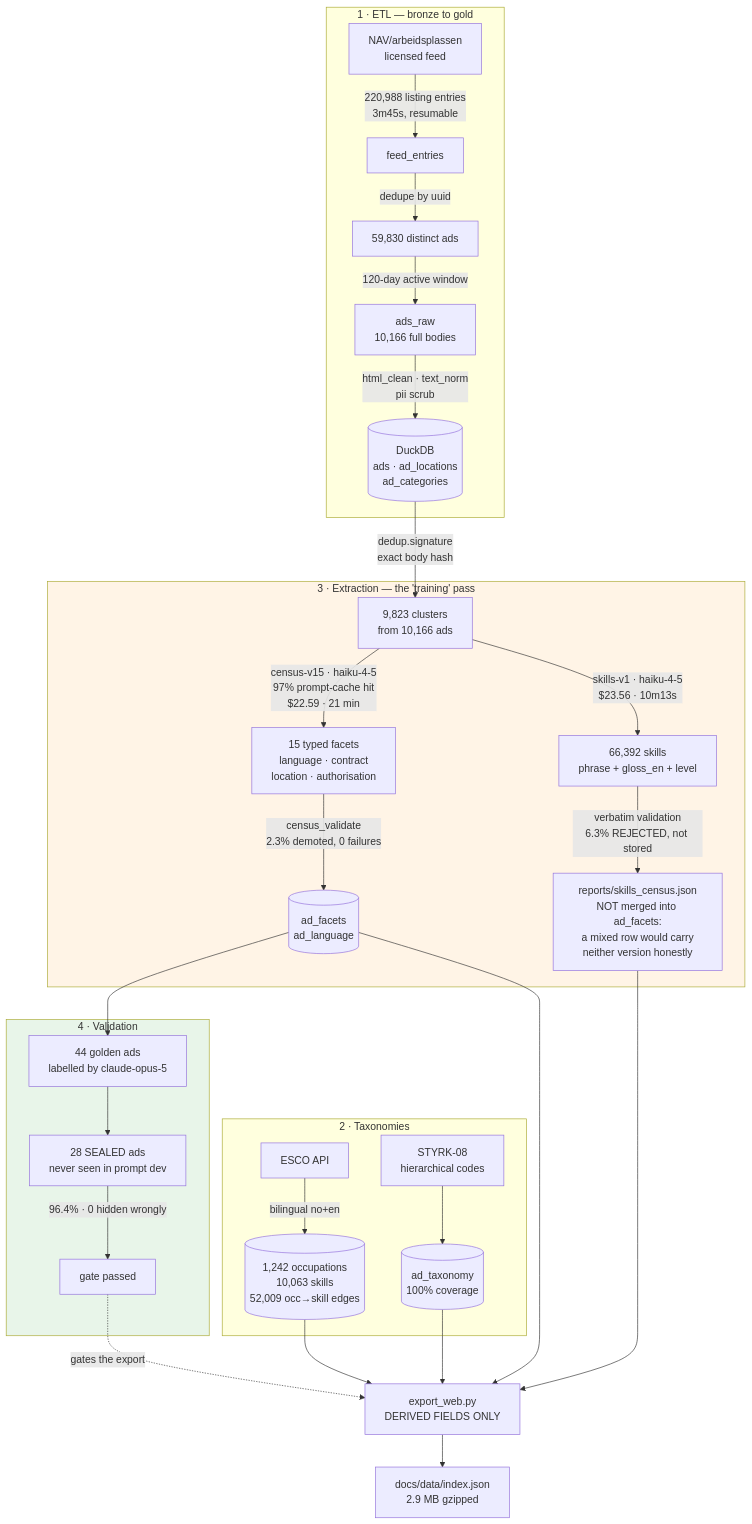
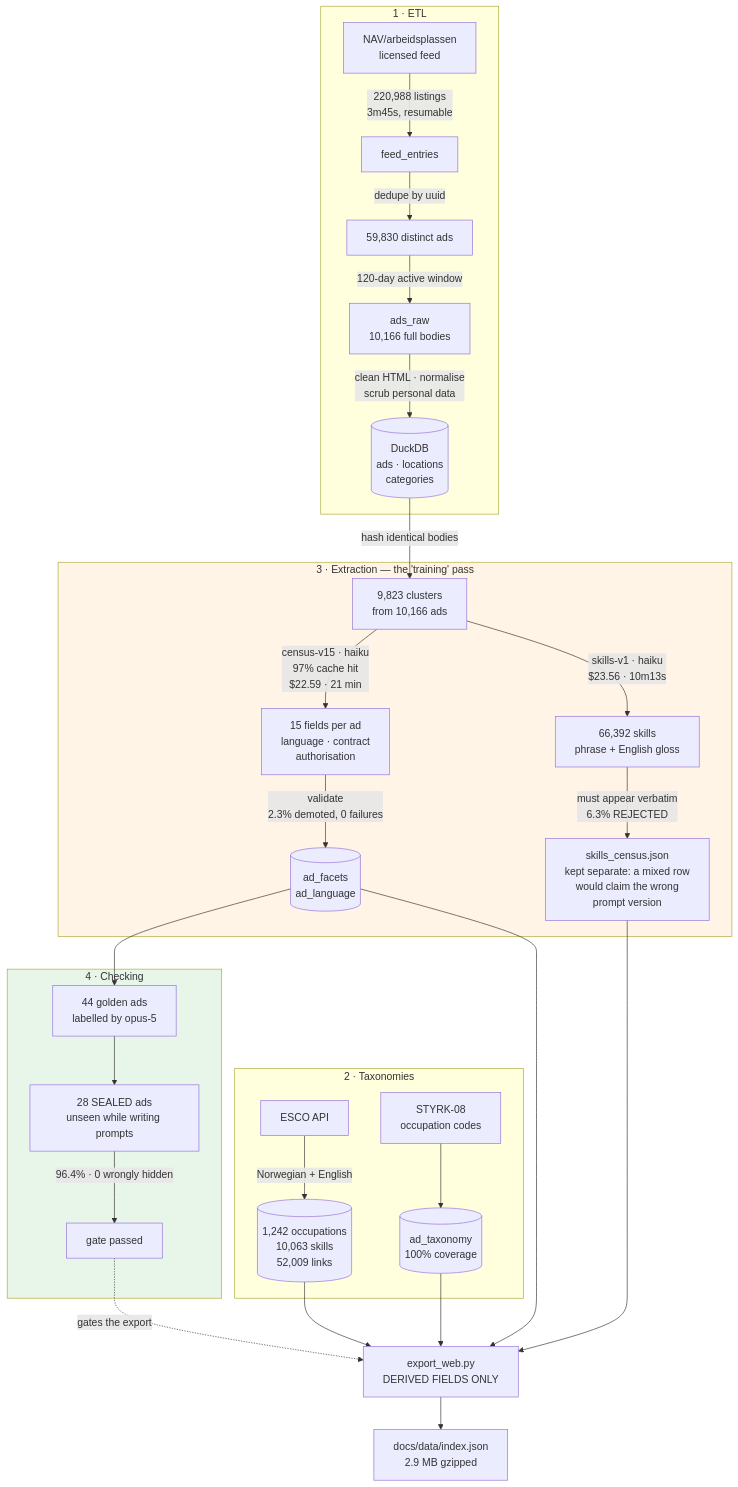
One commit to NaomiTitus/constraint-aware-retrieval changed the first of 2 diagrams in README.md. Above: the diagram before and after it, drawn with Mermaid. The commit also changed other lines of this file, not shown here.

````diff
--- a/README.md
+++ b/README.md
@@ -168,38 +140,38 @@
 ```mermaid
 flowchart TB
-  subgraph ETL["1 · ETL — bronze to gold"]
-    A["NAV/arbeidsplassen<br/>licensed feed"] -->|"220,988 listing entries<br/>3m45s, resumable"| B["feed_entries"]
+  subgraph ETL["1 · ETL"]
+    A["NAV/arbeidsplassen<br/>licensed feed"] -->|"220,988 listings<br/>3m45s, resumable"| B["feed_entries"]
     B -->|"dedupe by uuid"| C["59,830 distinct ads"]
     C -->|"120-day active window"| D["ads_raw<br/>10,166 full bodies"]
-    D -->|"html_clean · text_norm<br/>pii scrub"| E[("DuckDB<br/>ads · ad_locations<br/>ad_categories")]
+    D -->|"clean HTML · normalise<br/>scrub personal data"| E[("DuckDB<br/>ads · locations<br/>categories")]
   end
 
   subgraph TAX["2 · Taxonomies"]
-    F["ESCO API"] -->|"bilingual no+en"| G[("1,242 occupations<br/>10,063 skills<br/>52,009 occ→skill edges")]
-    H["STYRK-08<br/>hierarchical codes"] --> I[("ad_taxonomy<br/>100% coverage")]
+    F["ESCO API"] -->|"Norwegian + English"| G[("1,242 occupations<br/>10,063 skills<br/>52,009 links")]
+    H["STYRK-08<br/>occupation codes"] --> I[("ad_taxonomy<br/>100% coverage")]
   end
 
   subgraph EXT["3 · Extraction — the 'training' pass"]
-    E -->|"dedup.signature<br/>exact body hash"| J["9,823 clusters<br/>from 10,166 ads"]
-    J -->|"census-v15 · haiku-4-5<br/>97% prompt-cache hit<br/>$22.59 · 21 min"| K["15 typed facets<br/>language · contract<br/>location · authorisation"]
-    J -->|"skills-v1 · haiku-4-5<br/>$23.56 · 10m13s"| L["66,392 skills<br/>phrase + gloss_en + level"]
-    K -->|"census_validate<br/>2.3% demoted, 0 failures"| M[("ad_facets<br/>ad_language")]
-    L -->|"verbatim validation<br/>6.3% REJECTED, not stored"| L2["reports/skills_census.json<br/>NOT merged into ad_facets:<br/>a mixed row would carry<br/>neither version honestly"]
+    E -->|"hash identical bodies"| J["9,823 clusters<br/>from 10,166 ads"]
+    J -->|"census-v15 · haiku<br/>97% cache hit<br/>$22.59 · 21 min"| K["15 fields per ad<br/>language · contract<br/>authorisation"]
+    J -->|"skills-v1 · haiku<br/>$23.56 · 10m13s"| L["66,392 skills<br/>phrase + English gloss"]
+    K -->|"validate<br/>2.3% demoted, 0 failures"| M[("ad_facets<br/>ad_language")]
+    L -->|"must appear verbatim<br/>6.3% REJECTED"| L2["skills_census.json<br/>kept separate: a mixed row<br/>would claim the wrong<br/>prompt version"]
   end
 
-  subgraph VAL["4 · Validation"]
-    M --> N["44 golden ads<br/>labelled by claude-opus-5"]
-    N --> O["28 SEALED ads<br/>never seen in prompt dev"]
-    O -->|"96.4% · 0 hidden wrongly"| P["gate passed"]
+  subgraph VAL["4 · Checking"]
+    M --> N["44 golden ads<br/>labelled by opus-5"]
+    N --> O["28 SEALED ads<br/>unseen while writing prompts"]
+    O -->|"96.4% · 0 wrongly hidden"| P["gate passed"]
   end
 
   M --> Q["export_web.py<br/>DERIVED FIELDS ONLY"]
   L2 --> Q
   P -.->|"gates the export"| Q
   G --> Q
   I --> Q
   Q --> R["docs/data/index.json<br/>2.9 MB gzipped"]
 
   style EXT fill:#fff4e6
   style VAL fill:#e8f5e9
 ```
````
